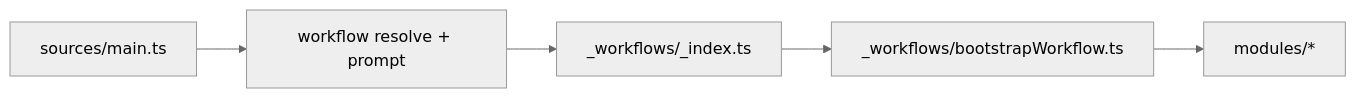
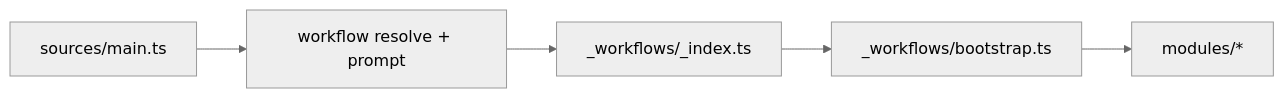
One commit to ex3ndr/holdmybeer changed the diagram in doc/rewrite-removal.md. Above: the diagram before and after it, drawn with Mermaid (neutral theme). The commit also changed 8 other files, not shown here.

Commit message:
refactor(workflows): rename bootstrapWorkflow to bootstrap

````diff
--- a/doc/rewrite-removal.md
+++ b/doc/rewrite-removal.md
@@ -7,7 +7,7 @@
 ```mermaid
 flowchart LR
   A[sources/main.ts] --> B[workflow resolve + prompt]
   B --> C[_workflows/_index.ts]
-  C --> D[_workflows/bootstrapWorkflow.ts]
+  C --> D[_workflows/bootstrap.ts]
   D --> E[modules/*]
 ```
````
